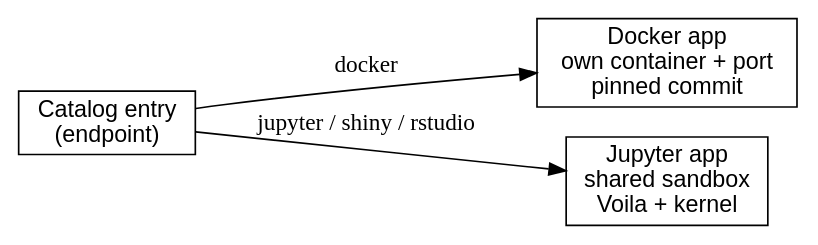
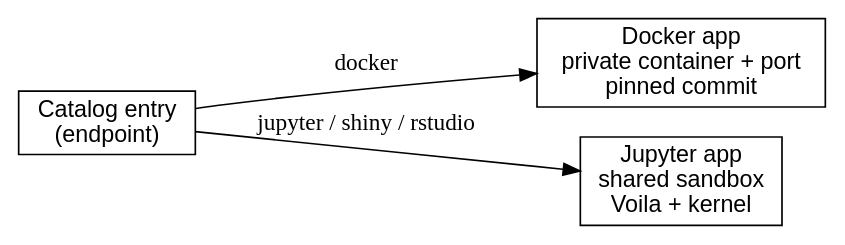
Before and after one commit to openforis/sepal-doc: the diagram in docs/source/developers/apps/app_types.rst, drawn with Graphviz.

Commit message:
Reword graphviz docker-app label to avoid codespell false positive
codespell read the escaped \n + own sequence in the label
"Docker app\nown container + port\npinned commit" as the typo
"nown". Rewording to "private container" reads better anyway and
keeps the hook green.

```diff
--- a/docs/source/developers/apps/app_types.rst
+++ b/docs/source/developers/apps/app_types.rst
@@ -83,13 +83,13 @@
 .. graphviz::
 
     digraph endpoints {
         rankdir=LR;
         node [shape=box, fontname="sans-serif"];
 
         catalog [label="Catalog entry\n(endpoint)"];
-        docker  [label="Docker app\nown container + port\npinned commit"];
+        docker  [label="Docker app\nprivate container + port\npinned commit"];
         jupyter [label="Jupyter app\nshared sandbox\nVoila + kernel"];
 
         catalog -> docker  [label="docker"];
         catalog -> jupyter [label="jupyter / shiny / rstudio"];
     }
```
